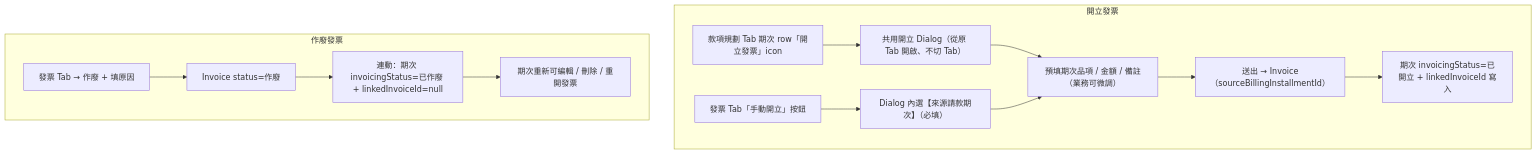
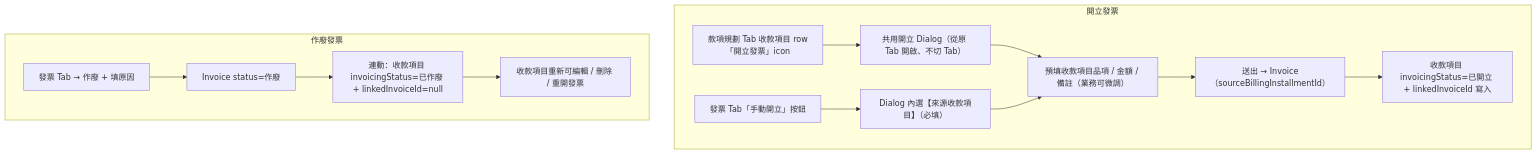
The fifth of 6 diagrams in memory/Sens_wiki/wiki/erp/12-insights/2026-05-29-款項發票四來源一致性比對.md (Kawato-Miles/erp-spec), drawn with Mermaid before and after one commit. The commit also changed other lines of this file and 49 other files, not shown here.

````diff
--- a/memory/Sens_wiki/wiki/erp/12-insights/2026-05-29-款項發票四來源一致性比對.md
+++ b/memory/Sens_wiki/wiki/erp/12-insights/2026-05-29-款項發票四來源一致性比對.md
@@ -104,16 +104,16 @@
 ```mermaid
 flowchart TD
   subgraph 開立發票
-    A1["款項規劃 Tab 期次 row「開立發票」icon"] --> A2["共用開立 Dialog（從原 Tab 開啟、不切 Tab）"]
-    A3["發票 Tab「手動開立」按鈕"] --> A4["Dialog 內選【來源請款期次】（必填）"]
-    A2 --> B["預填期次品項 / 金額 / 備註（業務可微調）"]
+    A1["款項規劃 Tab 收款項目 row「開立發票」icon"] --> A2["共用開立 Dialog（從原 Tab 開啟、不切 Tab）"]
+    A3["發票 Tab「手動開立」按鈕"] --> A4["Dialog 內選【來源收款項目】（必填）"]
+    A2 --> B["預填收款項目品項 / 金額 / 備註（業務可微調）"]
     A4 --> B
     B --> C["送出 → Invoice（sourceBillingInstallmentId）"]
-    C --> D["期次 invoicingStatus=已開立 + linkedInvoiceId 寫入"]
+    C --> D["收款項目 invoicingStatus=已開立 + linkedInvoiceId 寫入"]
   end
   subgraph 作廢發票
     E["發票 Tab → 作廢 + 填原因"] --> F["Invoice status=作廢"]
-    F --> G["連動：期次 invoicingStatus=已作廢 + linkedInvoiceId=null"]
-    G --> H["期次重新可編輯 / 刪除 / 重開發票"]
+    F --> G["連動：收款項目 invoicingStatus=已作廢 + linkedInvoiceId=null"]
+    G --> H["收款項目重新可編輯 / 刪除 / 重開發票"]
   end
 ```
````
